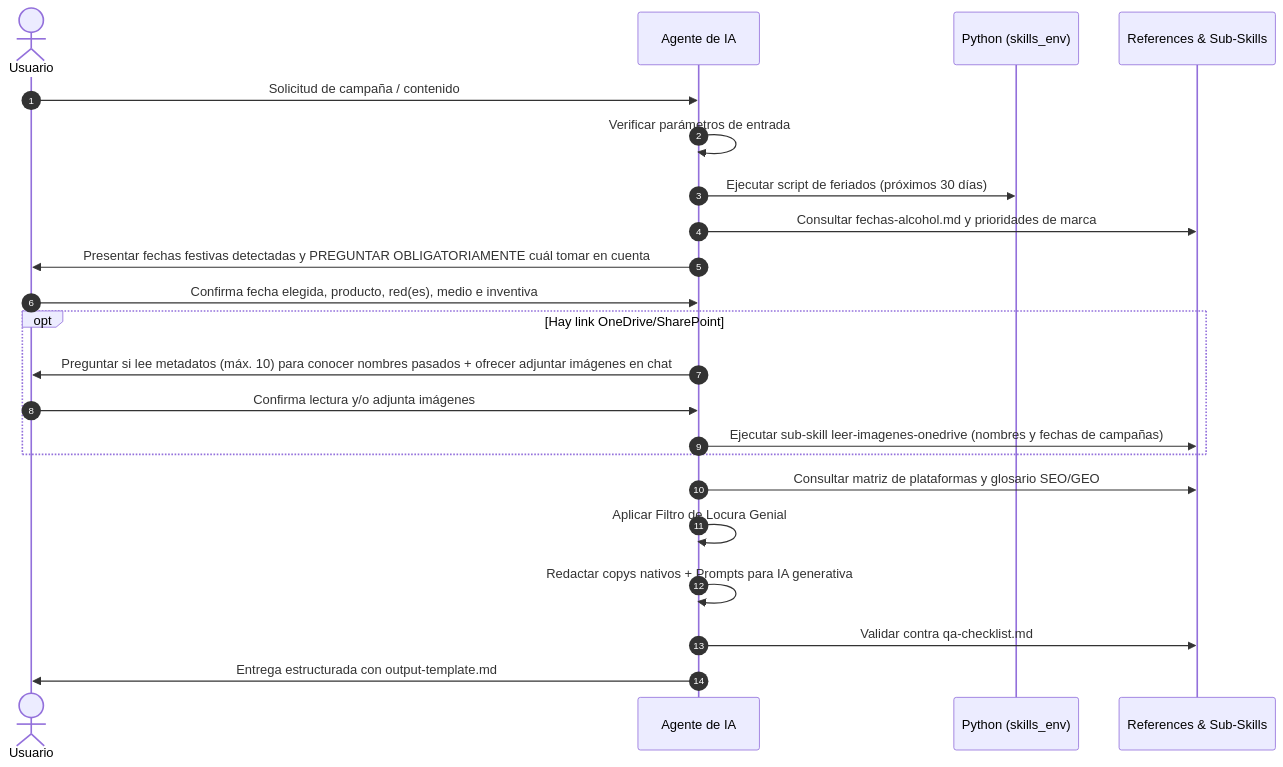
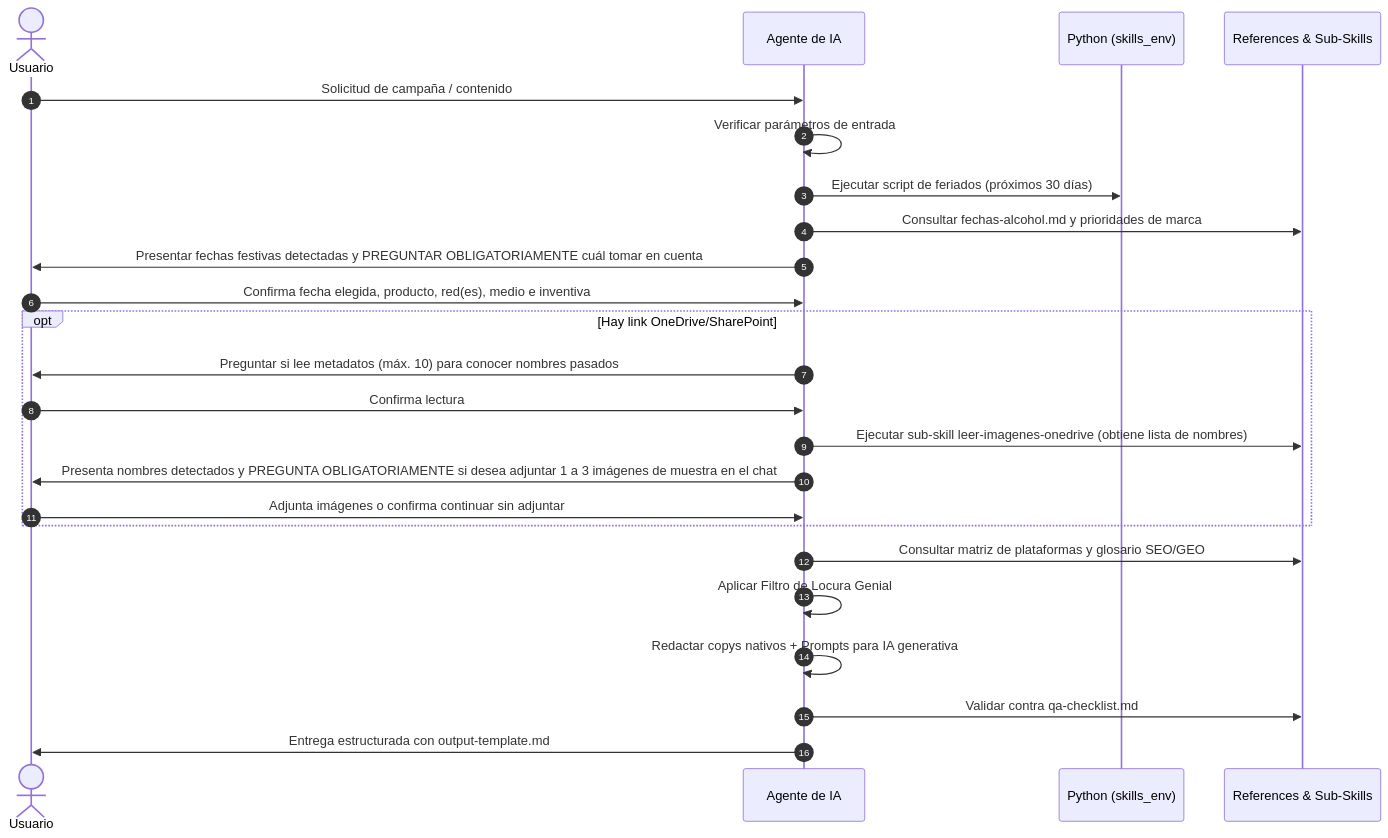
The diagram in AGENTS.md (Iris-Startup-Lab/skill-agente-mercadotecnia-loco-tequila), drawn with Mermaid before and after one commit. The commit also changed other lines of this file and 9 other files, not shown here.

````diff
--- a/AGENTS.md
+++ b/AGENTS.md
@@ -45,25 +45,27 @@
 ```mermaid
 sequenceDiagram
     autonumber
     actor Usuario
     participant Agente as Agente de IA
     participant Shell as Python (skills_env)
     participant Ref as References & Sub-Skills
 
     Usuario->>Agente: Solicitud de campaña / contenido
     Agente->>Agente: Verificar parámetros de entrada
     Agente->>Shell: Ejecutar script de feriados (próximos 30 días)
     Agente->>Ref: Consultar fechas-alcohol.md y prioridades de marca
     Agente->>Usuario: Presentar fechas festivas detectadas y PREGUNTAR OBLIGATORIAMENTE cuál tomar en cuenta
     Usuario->>Agente: Confirma fecha elegida, producto, red(es), medio e inventiva
     opt Hay link OneDrive/SharePoint
-        Agente->>Usuario: Preguntar si lee metadatos (máx. 10) para conocer nombres pasados + ofrecer adjuntar imágenes en chat
-        Usuario->>Agente: Confirma lectura y/o adjunta imágenes
-        Agente->>Ref: Ejecutar sub-skill leer-imagenes-onedrive (nombres y fechas de campañas)
+        Agente->>Usuario: Preguntar si lee metadatos (máx. 10) para conocer nombres pasados
+        Usuario->>Agente: Confirma lectura
+        Agente->>Ref: Ejecutar sub-skill leer-imagenes-onedrive (obtiene lista de nombres)
+        Agente->>Usuario: Presenta nombres detectados y PREGUNTA OBLIGATORIAMENTE si desea adjuntar 1 a 3 imágenes de muestra en el chat
+        Usuario->>Agente: Adjunta imágenes o confirma continuar sin adjuntar
     end
     Agente->>Ref: Consultar matriz de plataformas y glosario SEO/GEO
     Agente->>Agente: Aplicar Filtro de Locura Genial
     Agente->>Agente: Redactar copys nativos + Prompts para IA generativa
     Agente->>Ref: Validar contra qa-checklist.md
     Agente->>Usuario: Entrega estructurada con output-template.md
 ```
````
